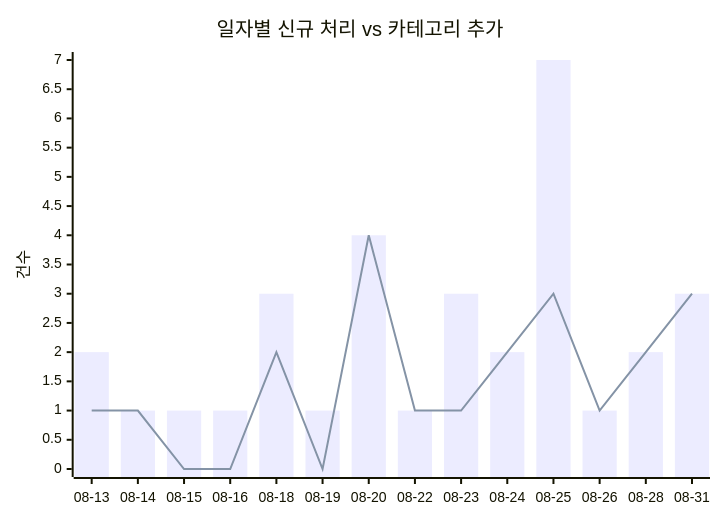
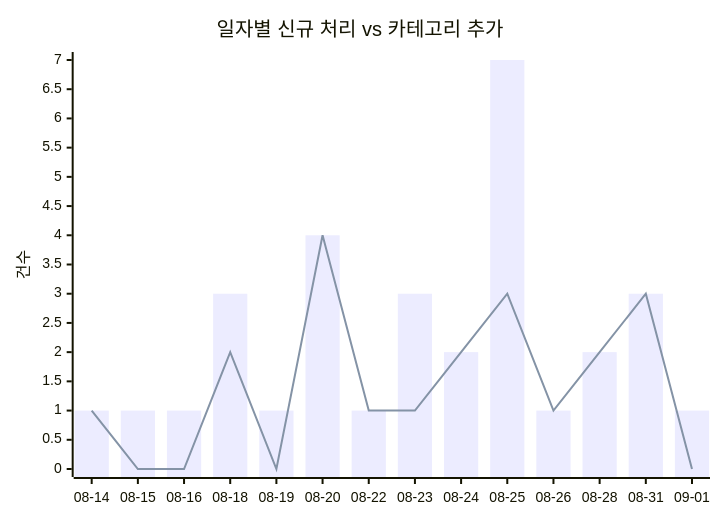
The first of 2 diagrams in docs/trends.md (J-nowcow/awesome-korean-agent-skills), drawn with Mermaid before and after one commit. The commit also changed other lines of this file and 2 other files, not shown here.

````diff
--- a/docs/trends.md
+++ b/docs/trends.md
@@ -32,8 +32,8 @@
 ```mermaid
 xychart-beta
     title "일자별 신규 처리 vs 카테고리 추가"
-    x-axis ["08-13","08-14","08-15","08-16","08-18","08-19","08-20","08-22","08-23","08-24","08-25","08-26","08-28","08-31"]
+    x-axis ["08-14","08-15","08-16","08-18","08-19","08-20","08-22","08-23","08-24","08-25","08-26","08-28","08-31","09-01"]
     y-axis "건수"
-    bar [2,1,1,1,3,1,4,1,3,2,7,1,2,3]
-    line [1,1,0,0,2,0,4,1,1,2,3,1,2,3]
+    bar [1,1,1,3,1,4,1,3,2,7,1,2,3,1]
+    line [1,0,0,2,0,4,1,1,2,3,1,2,3,0]
 ```
````
